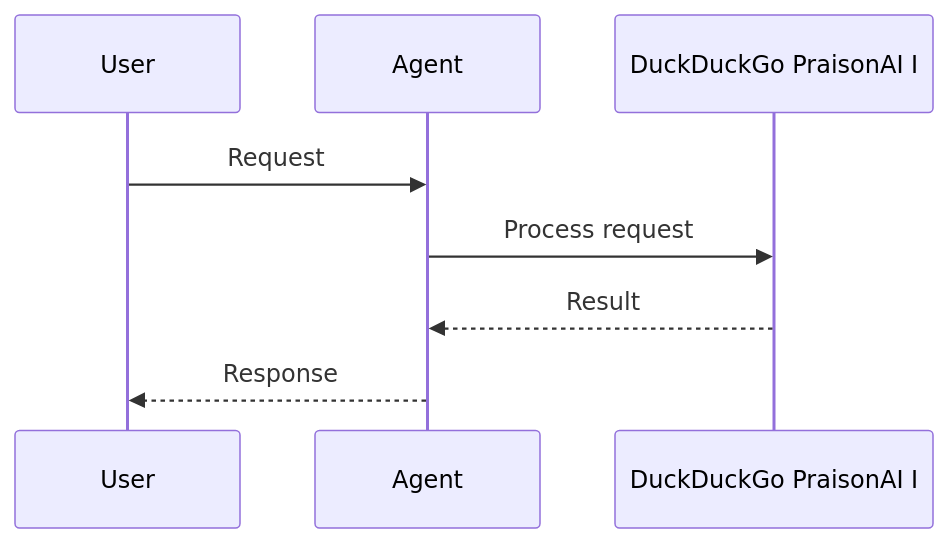
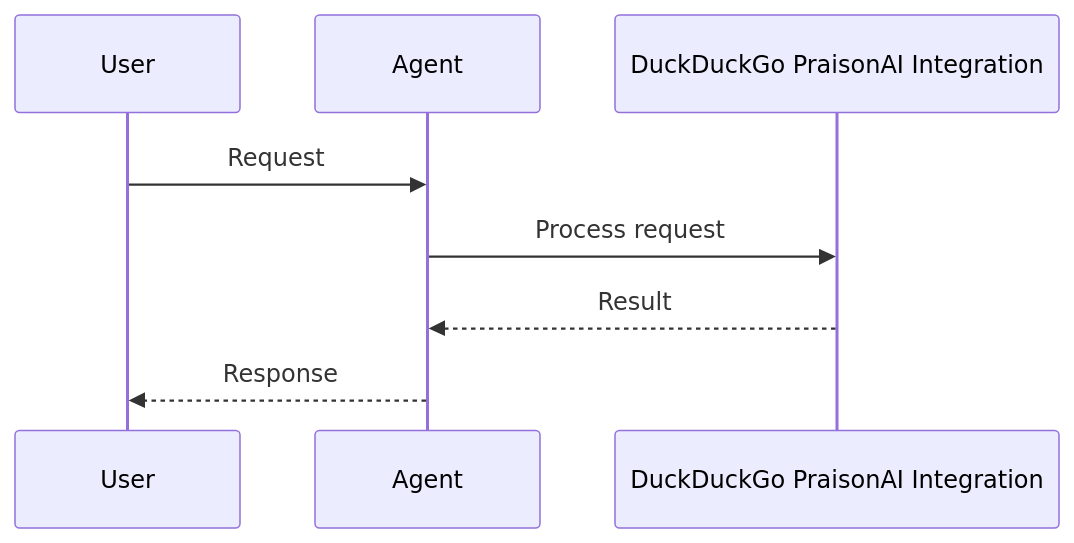
One commit to MervinPraison/PraisonAIDocs changed the second of 2 diagrams in docs/tools/duckduckgo.mdx. Above: the diagram before and after it, drawn with Mermaid. The commit also changed 45 other files, not shown here.

First line of the commit message:
docs: fix truncated Mermaid diagram feature names (22-char cutoff)

````diff
--- a/docs/tools/duckduckgo.mdx
+++ b/docs/tools/duckduckgo.mdx
@@ -31,11 +31,11 @@
 ```mermaid
 sequenceDiagram
     participant User
     participant Agent
-    participant Feature as DuckDuckGo PraisonAI I
+    participant Feature as DuckDuckGo PraisonAI Integration
 
     User->>Agent: Request
     Agent->>Feature: Process request
     Feature-->>Agent: Result
     Agent-->>User: Response
 ```
````
